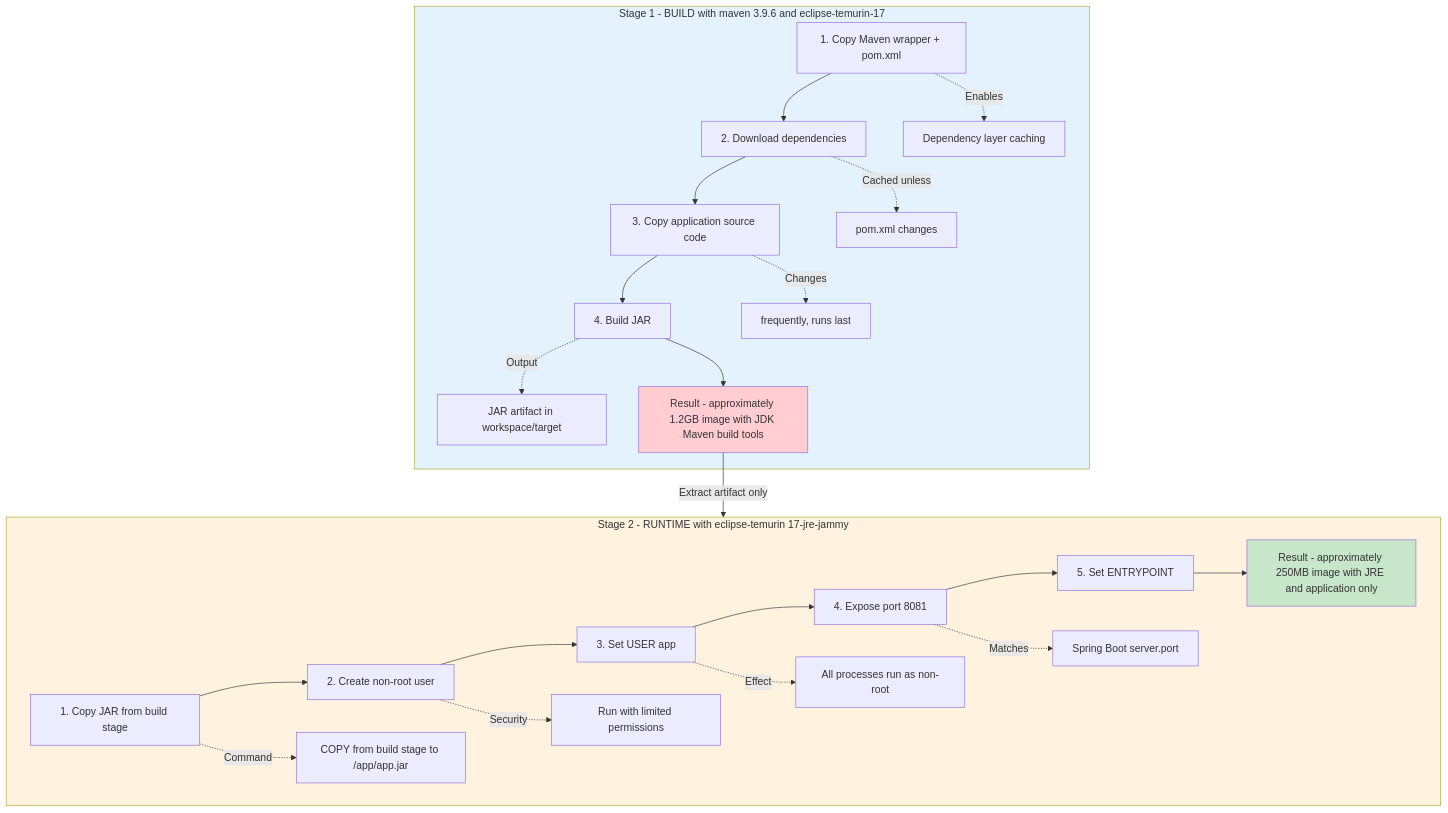
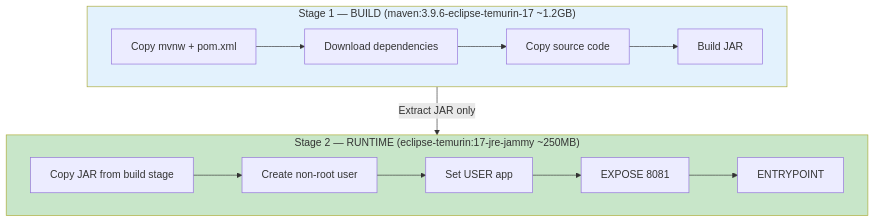
Before and after one commit to Keglev/stockease: the diagram in docs/architecture/deployment/docker-strategy.md, drawn with Mermaid. The commit also changed other lines of this file and 45 other files, not shown here.

Commit message:
refactored and reviewed all architecture docs; fix broken links in .html file for displaying the docs

````diff
--- a/docs/architecture/deployment/docker-strategy.md
+++ b/docs/architecture/deployment/docker-strategy.md
@@ -11,36 +9,20 @@
 ```mermaid
 graph TD
-    subgraph Stage1["Stage 1 - BUILD with maven 3.9.6 and eclipse-temurin-17"]
-        B1["1. Copy Maven wrapper + pom.xml"] --> B2[2. Download dependencies]
-        B2 --> B3[3. Copy application source code]
-        B3 --> B4[4. Build JAR]
-        
-        B1 -.->|Enables| B1A[Dependency layer caching]
-        B2 -.->|Cached unless| B2A[pom.xml changes]
-        B3 -.->|Changes| B3A[frequently, runs last]
-        B4 -.->|Output| B4A[JAR artifact in workspace/target]
-        
-        B4 --> Result1[Result - approximately 1.2GB image with JDK Maven build tools]
+    subgraph Stage1["Stage 1 — BUILD (maven:3.9.6-eclipse-temurin-17 ~1.2GB)"]
+        B1[Copy mvnw + pom.xml] --> B2[Download dependencies]
+        B2 --> B3[Copy source code]
+        B3 --> B4[Build JAR]
     end
-    
-    Result1 -->|Extract artifact only| Stage2
-    
-    subgraph Stage2["Stage 2 - RUNTIME with eclipse-temurin 17-jre-jammy"]
-        R1[1. Copy JAR from build stage] --> R2[2. Create non-root user]
-        R2 --> R3[3. Set USER app]
-        R3 --> R4[4. Expose port 8081]
-        R4 --> R5[5. Set ENTRYPOINT]
-        
-        R1 -.->|Command| R1A[COPY from build stage to /app/app.jar]
-        R2 -.->|Security| R2A[Run with limited permissions]
-        R3 -.->|Effect| R3A[All processes run as non-root]
-        R4 -.->|Matches| R4A[Spring Boot server.port]
-        
-        R5 --> Result2[Result - approximately 250MB image with JRE and application only]
+
+    Stage1 -->|Extract JAR only| Stage2
+
+    subgraph Stage2["Stage 2 — RUNTIME (eclipse-temurin:17-jre-jammy ~250MB)"]
+        R1[Copy JAR from build stage] --> R2[Create non-root user]
+        R2 --> R3[Set USER app]
+        R3 --> R4[EXPOSE 8081]
+        R4 --> R5[ENTRYPOINT]
     end
-    
+
     style Stage1 fill:#e3f2fd
-    style Stage2 fill:#fff3e0
-    style Result1 fill:#ffcdd2
-    style Result2 fill:#c8e6c9
+    style Stage2 fill:#c8e6c9
 ```
````
